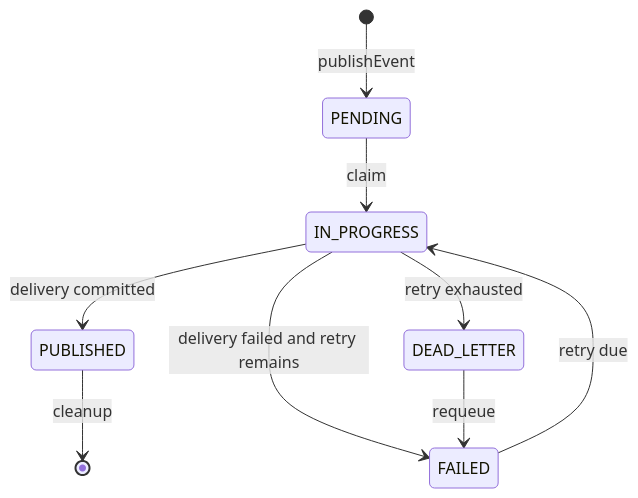
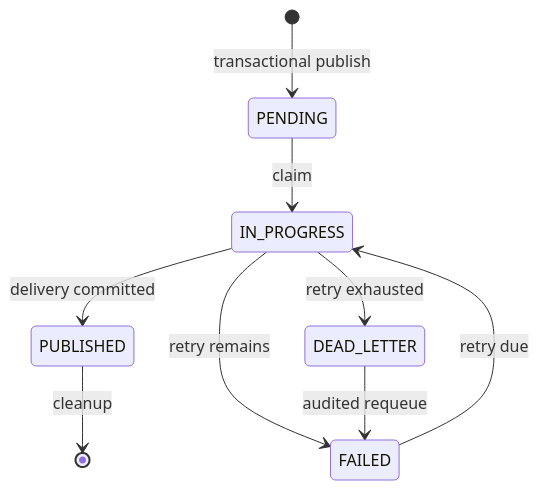
Before and after one commit to ddd-mall/j-store: the third of 3 diagrams in docs/technic/领域事件基础设施架构.md, drawn with Mermaid. The commit also changed other lines of this file and 78 other files, not shown here.

Commit message:
refactor: decouple domain and integration event delivery

````diff
--- a/docs/technic/领域事件基础设施架构.md
+++ b/docs/technic/领域事件基础设施架构.md
@@ -140,11 +139,11 @@
 ```mermaid
 stateDiagram-v2
-    [*] --> PENDING: publishEvent
+    [*] --> PENDING: transactional publish
     PENDING --> IN_PROGRESS: claim
     FAILED --> IN_PROGRESS: retry due
     IN_PROGRESS --> PUBLISHED: delivery committed
-    IN_PROGRESS --> FAILED: delivery failed and retry remains
+    IN_PROGRESS --> FAILED: retry remains
     IN_PROGRESS --> DEAD_LETTER: retry exhausted
-    DEAD_LETTER --> FAILED: requeue
+    DEAD_LETTER --> FAILED: audited requeue
     PUBLISHED --> [*]: cleanup
 ```
````
